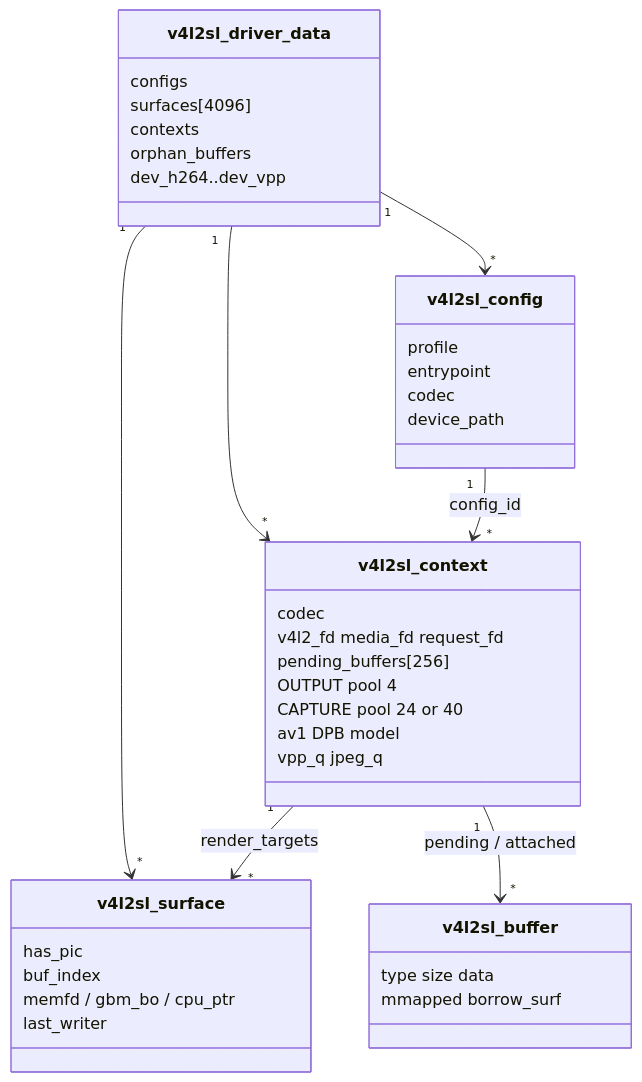
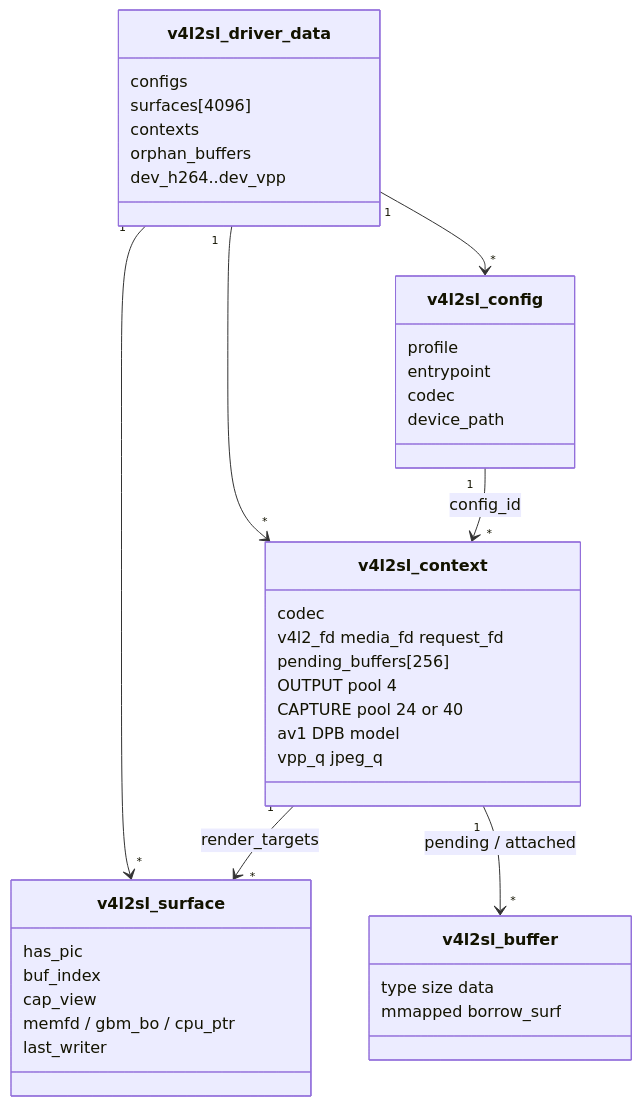
Before and after one commit to pty819/vaapi-v4l2-bridge: the diagram in docs/objects.md, drawn with Mermaid. The commit also changed other lines of this file and 26 other files, not shown here.

````diff
--- a/docs/objects.md
+++ b/docs/objects.md
@@ -6,41 +6,42 @@
 ```{mermaid}
 classDiagram
   class v4l2sl_driver_data {
     configs
     surfaces[4096]
     contexts
     orphan_buffers
     dev_h264..dev_vpp
   }
   class v4l2sl_config {
     profile
     entrypoint
     codec
     device_path
   }
   class v4l2sl_context {
     codec
     v4l2_fd media_fd request_fd
     pending_buffers[256]
     OUTPUT pool 4
     CAPTURE pool 24 or 40
     av1 DPB model
     vpp_q jpeg_q
   }
   class v4l2sl_surface {
     has_pic
     buf_index
+    cap_view
     memfd / gbm_bo / cpu_ptr
     last_writer
   }
   class v4l2sl_buffer {
     type size data
     mmapped borrow_surf
   }
   v4l2sl_driver_data "1" --> "*" v4l2sl_config
   v4l2sl_driver_data "1" --> "*" v4l2sl_context
   v4l2sl_driver_data "1" --> "*" v4l2sl_surface
   v4l2sl_config "1" --> "*" v4l2sl_context : config_id
   v4l2sl_context "1" --> "*" v4l2sl_surface : render_targets
   v4l2sl_context "1" --> "*" v4l2sl_buffer : pending / attached
 ```
````
